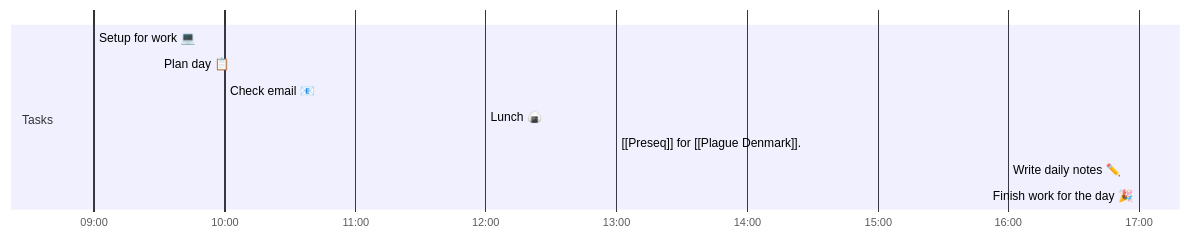
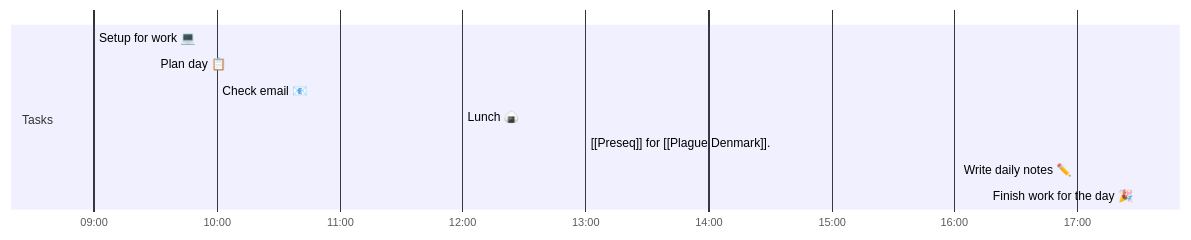
Before and after one commit to ktmeaton/obsidian-public: the diagram in phd/journal/2021-03-24.md, drawn with Mermaid. The commit also changed other lines of this file and 14 other files, not shown here.

Commit message:
finish notes for 2021-03-24

````diff
--- a/phd/journal/2021-03-24.md
+++ b/phd/journal/2021-03-24.md
@@ -4,16 +4,16 @@
 ```mermaid
 gantt
     dateFormat  HH-mm
     axisFormat %H:%M
-    %% Current Time: 12:17:10 PM
+    %% Current Time: 5:23:44 PM
     section Tasks
     Setup for work 💻     :09-00, 30mm
     Plan day 📋     :09-30, 30mm
     Check email 📧     :10-00, 120mm
     Lunch 🍙     :12-00, 60mm
-    [[Preseq]] for [[Plague Denmark]].     :13-00, 180mm
-    Write daily notes ✏️     :16-00, 60mm
-    Finish work for the day 🎉     :17-00, 0mm
+    [[Preseq]] for [[Plague Denmark]].     :13-00, 240mm
+    Write daily notes ✏️     :17-00, 30mm
+    Finish work for the day 🎉     :17-30, 0mm
     section Breaks
 
 ```
````
